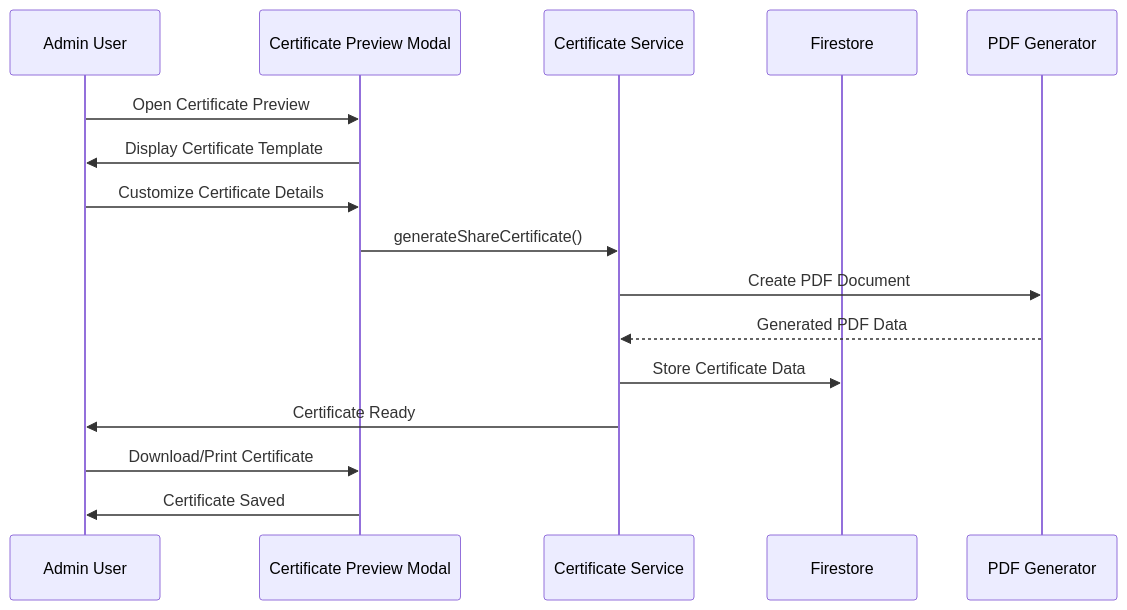
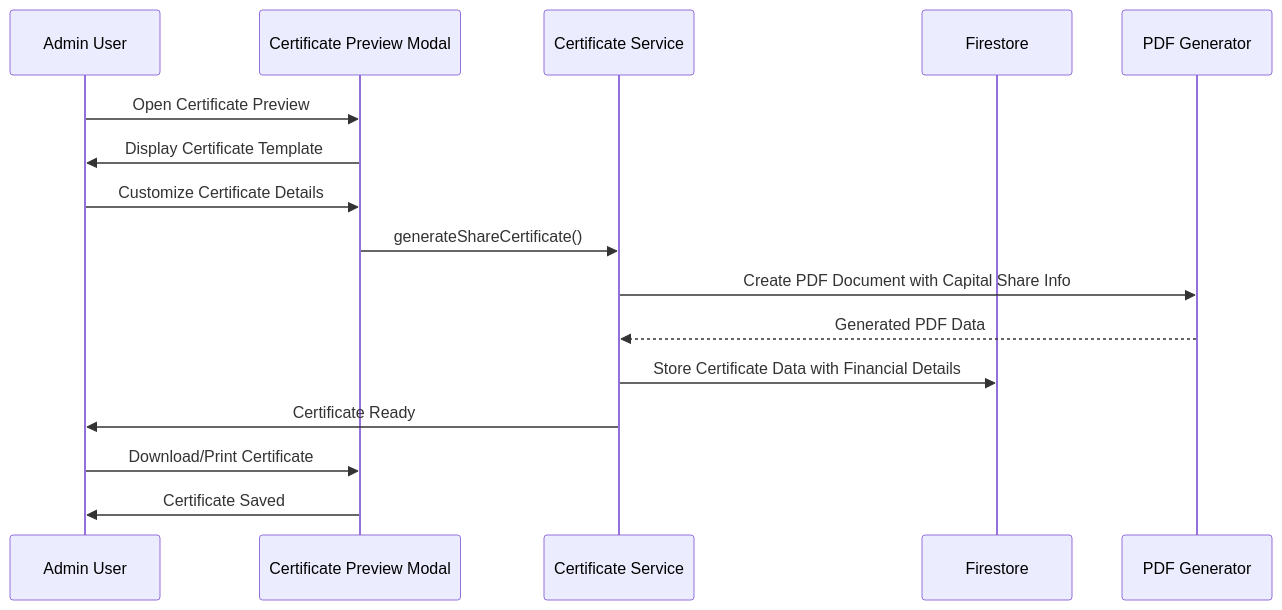
Before and after one commit to Unsure-bry/sampacoop_system: the ninth of 12 diagrams in .qoder/repowiki/en/content/Project Overview/Core Features & Functionality/Administrative Features/Capital Shares Management System.md, drawn with Mermaid. The commit also changed other lines of this file and 5 other files, not shown here.

````diff
--- a/.qoder/repowiki/en/content/Project Overview/Core Features & Functionality/Administrative Features/Capital Shares Management System.md
+++ b/.qoder/repowiki/en/content/Project Overview/Core Features & Functionality/Administrative Features/Capital Shares Management System.md
@@ -382,18 +462,18 @@
 ```mermaid
 sequenceDiagram
 participant Admin as Admin User
 participant Modal as Certificate Preview Modal
 participant Service as Certificate Service
 participant Firestore as Firestore
 participant PDF as PDF Generator
 Admin->>Modal : Open Certificate Preview
 Modal->>Admin : Display Certificate Template
 Admin->>Modal : Customize Certificate Details
 Modal->>Service : generateShareCertificate()
-Service->>PDF : Create PDF Document
+Service->>PDF : Create PDF Document with Capital Share Info
 PDF-->>Service : Generated PDF Data
-Service->>Firestore : Store Certificate Data
+Service->>Firestore : Store Certificate Data with Financial Details
 Service->>Admin : Certificate Ready
 Admin->>Modal : Download/Print Certificate
 Modal->>Admin : Certificate Saved
 ```
````
